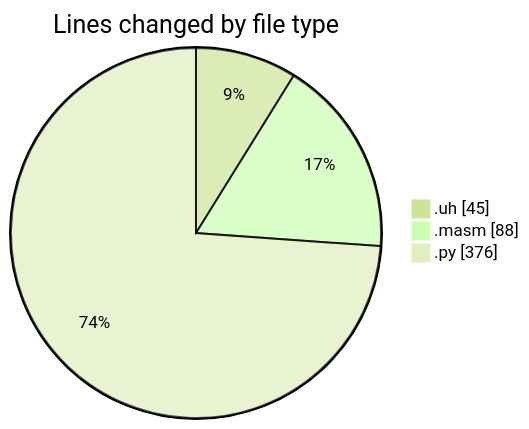
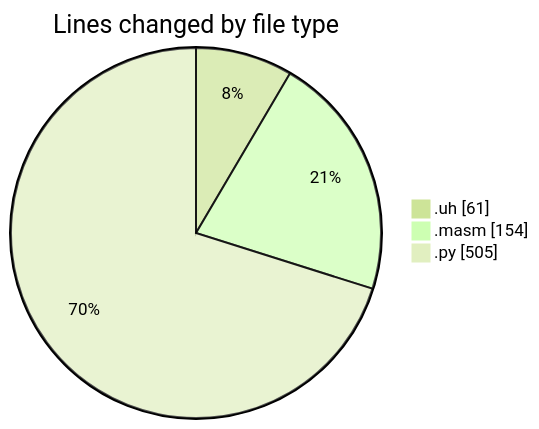
One commit to charlie-sans/code-tracking changed the first of 2 diagrams in 2025-05-02/uhigh-lang/README.md. Above: the diagram before and after it, drawn with Mermaid (forest theme). The commit also changed other lines of this file and 1 other file, not shown here.

````diff
--- a/2025-05-02/uhigh-lang/README.md
+++ b/2025-05-02/uhigh-lang/README.md
@@ -22,7 +22,7 @@
 ```mermaid
 pie showData
 title Lines changed by file type
-".uh" : 45
-".masm" : 88
-".py" : 376
+".uh" : 61
+".masm" : 154
+".py" : 505
 ```
````
